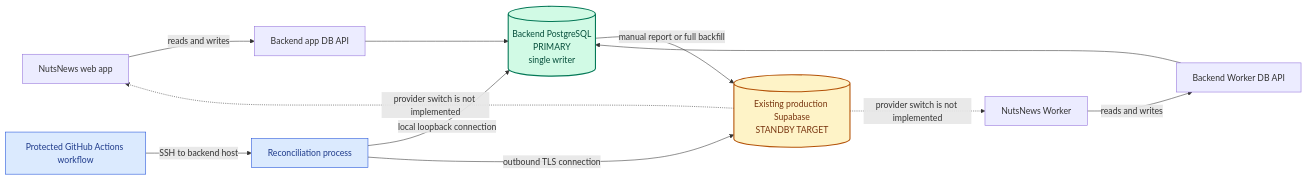
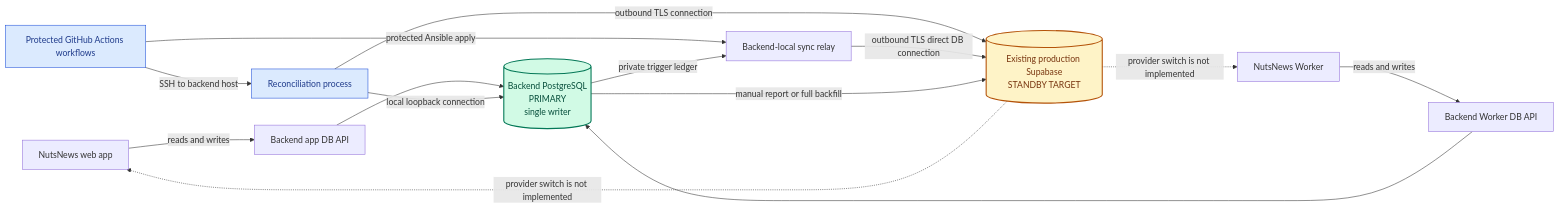
The first of 5 diagrams in DATABASE_RESILIENCY.md (ramideltoro/nutsnews-docs), drawn with Mermaid before and after one commit. The commit also changed other lines of this file and 1 other file, not shown here.

Commit message:
Document Supabase standby relay

````diff
--- a/DATABASE_RESILIENCY.md
+++ b/DATABASE_RESILIENCY.md
@@ -19,23 +19,26 @@
 ```mermaid
 flowchart LR
     web["NutsNews web app"] -->|"reads and writes"| appApi["Backend app DB API"]
     worker["NutsNews Worker"] -->|"reads and writes"| workerApi["Backend Worker DB API"]
 
     appApi --> primary[("Backend PostgreSQL<br/>PRIMARY<br/>single writer")]
     workerApi --> primary
 
-    actions["Protected GitHub Actions workflow"] -->|"SSH to backend host"| reconcile["Reconciliation process"]
+    actions["Protected GitHub Actions workflows"] -->|"SSH to backend host"| reconcile["Reconciliation process"]
+    actions -->|"protected Ansible apply"| relay["Backend-local sync relay"]
     reconcile -->|"local loopback connection"| primary
     reconcile -->|"outbound TLS connection"| standby[("Existing production Supabase<br/>STANDBY TARGET")]
+    primary -->|"private trigger ledger"| relay
+    relay -->|"outbound TLS direct DB connection"| standby
     primary -->|"manual report or full backfill"| standby
 
     standby -.->|"provider switch is not implemented"| web
     standby -.->|"provider switch is not implemented"| worker
 
     classDef primary fill:#d1fae5,stroke:#047857,stroke-width:2px,color:#064e3b;
     classDef standby fill:#fef3c7,stroke:#b45309,stroke-width:2px,color:#78350f;
     classDef control fill:#dbeafe,stroke:#1d4ed8,color:#1e3a8a;
     class primary primary;
     class standby standby;
     class actions,reconcile control;
 ```
````
